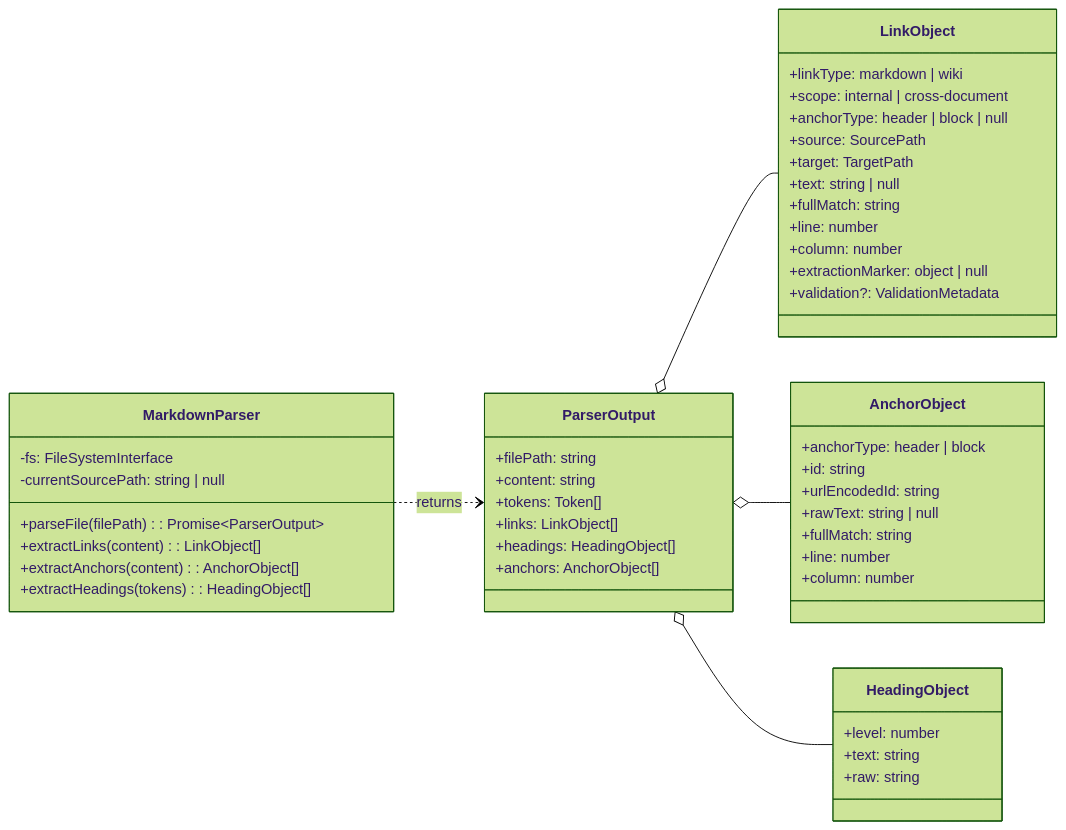
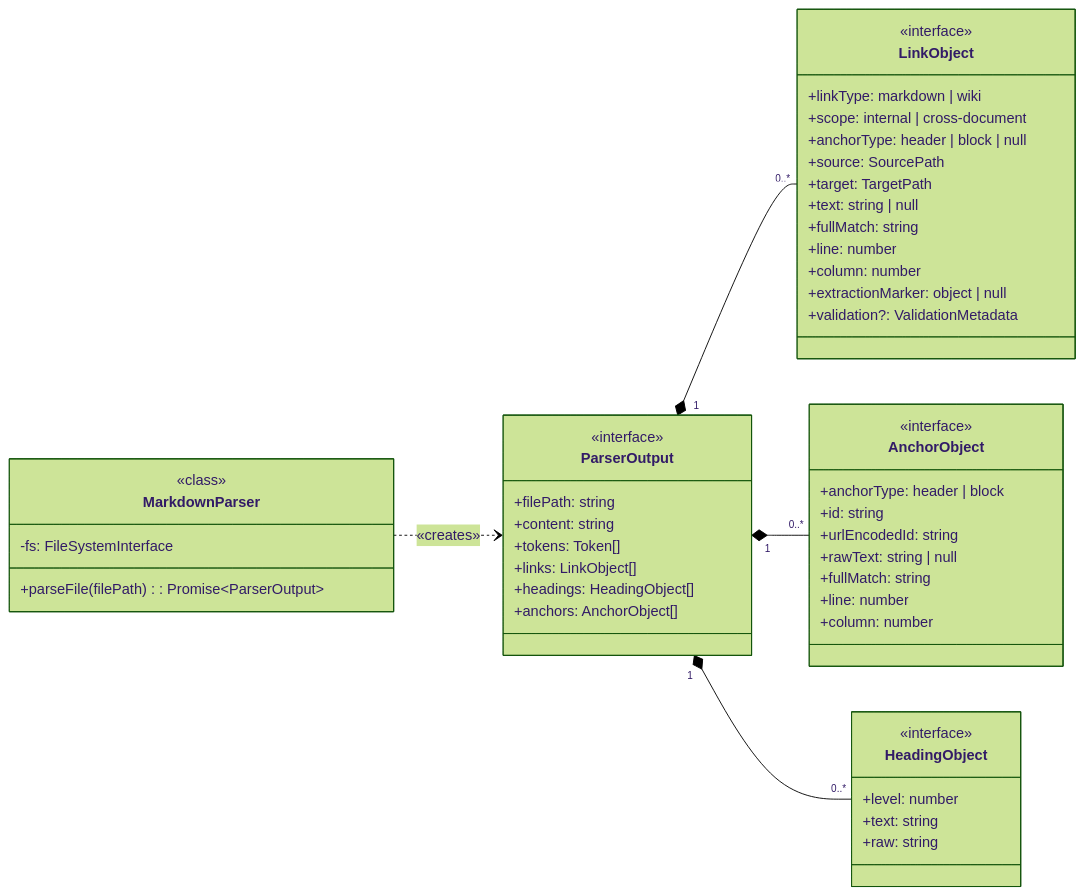
One commit to WesleyMFrederick/cc-workflows changed the first of 2 diagrams in tools/citation-manager/design-docs/component-guides/Markdown Parser Implementation Guide.md. Above: the diagram before and after it, drawn with Mermaid (forest theme). The commit also changed other lines of this file and 20 other files, not shown here.

First line of the commit message:
docs(markdown-parser): enhance guide with overview, contracts, and principle links

````diff
--- a/tools/citation-manager/design-docs/component-guides/Markdown Parser Implementation Guide.md
+++ b/tools/citation-manager/design-docs/component-guides/Markdown Parser Implementation Guide.md
@@ -36,57 +38,58 @@
 ```mermaid
 classDiagram
     direction LR
 
     class ParserOutput {
+		    <<interface>>
         +filePath: string
         +content: string
         +tokens: Token[]
         +links: LinkObject[]
         +headings: HeadingObject[]
         +anchors: AnchorObject[]
     }
 
     class LinkObject {
+        <<interface>>
         +linkType: markdown | wiki
         +scope: internal | cross-document
         +anchorType: header | block | null
         +source: SourcePath
         +target: TargetPath
         +text: string | null
         +fullMatch: string
         +line: number
         +column: number
         +extractionMarker: object | null
         +validation?: ValidationMetadata
     }
 
     class AnchorObject {
+        <<interface>>
         +anchorType: header | block
         +id: string
         +urlEncodedId: string
         +rawText: string | null
         +fullMatch: string
         +line: number
         +column: number
     }
 
     class HeadingObject {
+        <<interface>>
         +level: number
         +text: string
         +raw: string
     }
 
     class MarkdownParser {
+		    <<class>>
         -fs: FileSystemInterface
-        -currentSourcePath: string | null
         +parseFile(filePath): Promise~ParserOutput~
-        +extractLinks(content): LinkObject[]
-        +extractAnchors(content): AnchorObject[]
-        +extractHeadings(tokens): HeadingObject[]
     }
 
-    MarkdownParser ..> ParserOutput : returns
-    ParserOutput o-- LinkObject
-    ParserOutput o-- AnchorObject
-    ParserOutput o-- HeadingObject
+    MarkdownParser ..> ParserOutput : «creates»
+    ParserOutput "1" *-- "0..*" LinkObject
+    ParserOutput "1" *-- "0..*" AnchorObject
+    ParserOutput "1" *-- "0..*" HeadingObject
 ```
````
